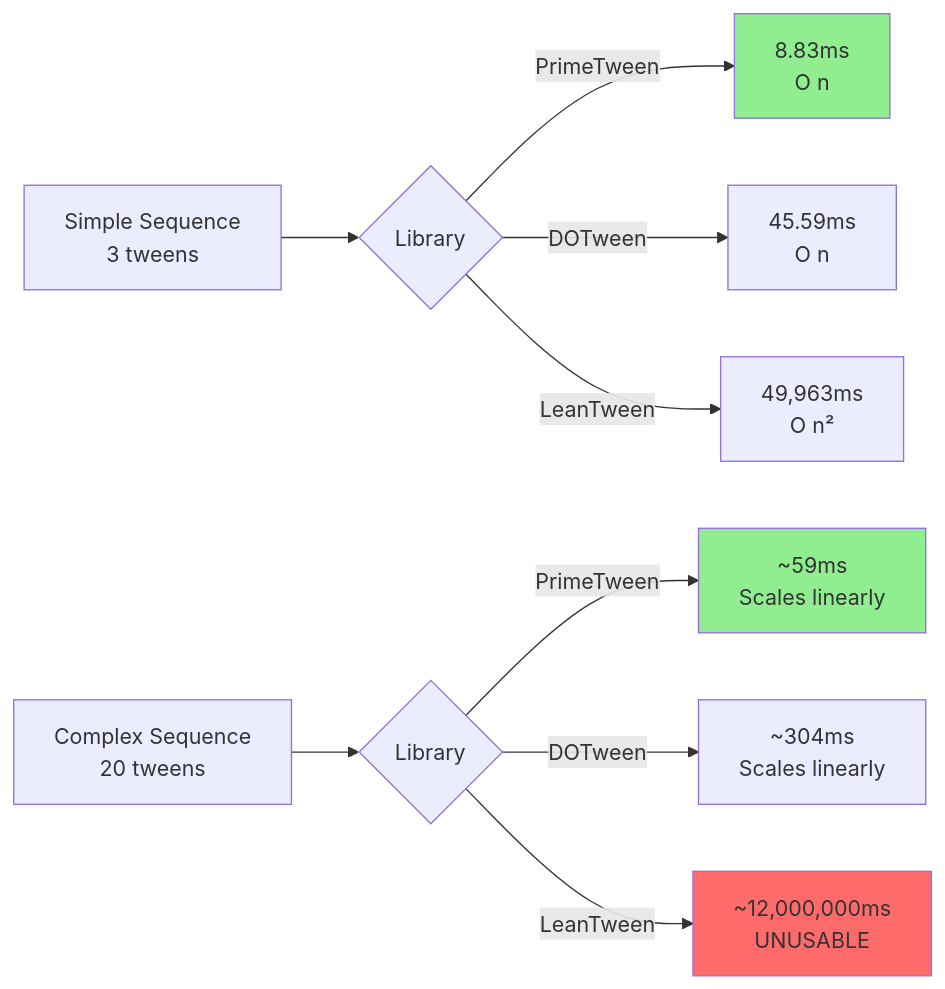
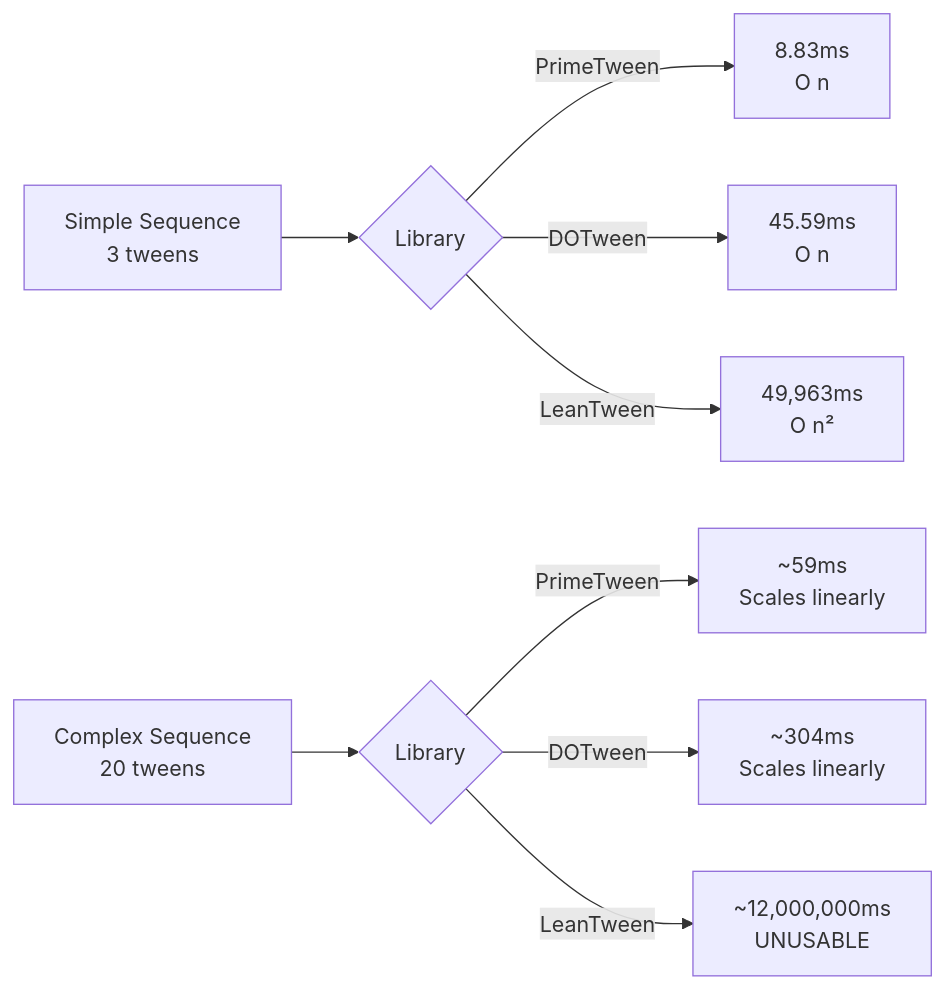
Before and after one commit to wallstop/unity-tips: the second of 3 diagrams in docs/primetween/02-why-primetween.md, drawn with Mermaid. The commit also changed other lines of this file and 27 other files, not shown here.

Commit message:
Convert ASCII diagrams to Mermaid format (#30)

````diff
--- a/docs/primetween/02-why-primetween.md
+++ b/docs/primetween/02-why-primetween.md
@@ -289,16 +284,13 @@
 ```mermaid
 graph LR
     A[Simple Sequence<br/>3 tweens] --> B{Library}
     B -->|PrimeTween| C[8.83ms<br/>O n]
     B -->|DOTween| D[45.59ms<br/>O n]
     B -->|LeanTween| E[49,963ms<br/>O n²]
 
     F[Complex Sequence<br/>20 tweens] --> G{Library}
     G -->|PrimeTween| H[~59ms<br/>Scales linearly]
     G -->|DOTween| I[~304ms<br/>Scales linearly]
     G -->|LeanTween| J[~12,000,000ms<br/>UNUSABLE]
 
-    style C fill:#90EE90
-    style H fill:#90EE90
-    style J fill:#FF6B6B
 ```
````
